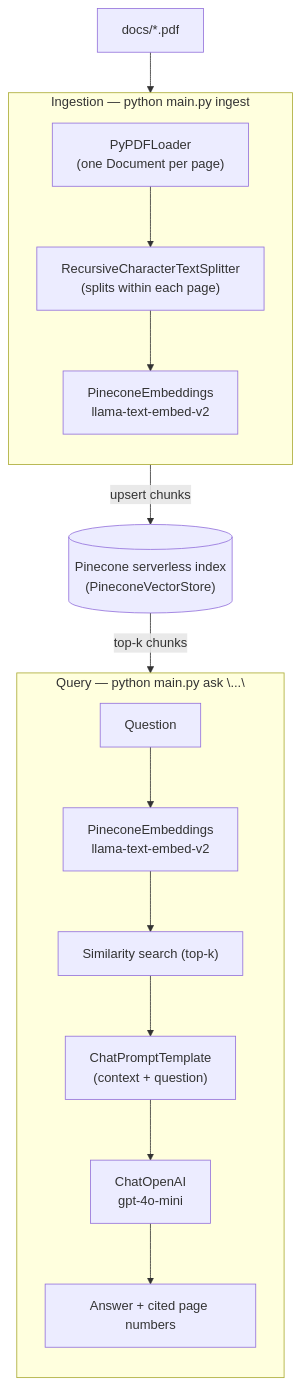
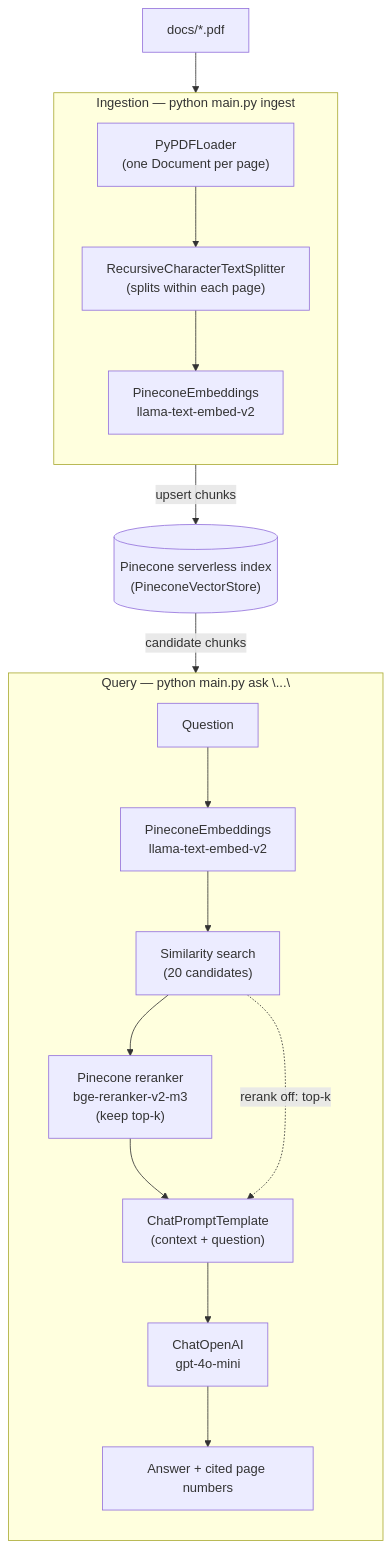
One commit to achyutasvm/vector_embeddings changed the first of 2 diagrams in README.md. Above: the diagram before and after it, drawn with Mermaid. The commit also changed other lines of this file and 5 other files, not shown here.

````diff
--- a/README.md
+++ b/README.md
@@ -17,29 +20,31 @@
 ```mermaid
 flowchart TB
     PDF["docs/*.pdf"]
 
     subgraph ingest["Ingestion — python main.py ingest"]
         direction TB
         Loader["PyPDFLoader\n(one Document per page)"]
         Splitter["RecursiveCharacterTextSplitter\n(splits within each page)"]
         EmbedDocs["PineconeEmbeddings\nllama-text-embed-v2"]
         Loader --> Splitter --> EmbedDocs
     end
 
     Index[("Pinecone serverless index\n(PineconeVectorStore)")]
 
     subgraph query["Query — python main.py ask \"...\""]
         direction TB
         Question["Question"]
         EmbedQuery["PineconeEmbeddings\nllama-text-embed-v2"]
-        Retrieve["Similarity search (top-k)"]
+        Retrieve["Similarity search\n(20 candidates)"]
+        Rerank["Pinecone reranker\nbge-reranker-v2-m3\n(keep top-k)"]
         Prompt["ChatPromptTemplate\n(context + question)"]
         LLM["ChatOpenAI\ngpt-4o-mini"]
         Answer["Answer + cited page numbers"]
-        Question --> EmbedQuery --> Retrieve --> Prompt --> LLM --> Answer
+        Question --> EmbedQuery --> Retrieve --> Rerank --> Prompt --> LLM --> Answer
+        Retrieve -. "rerank off: top-k" .-> Prompt
     end
 
     PDF --> Loader
     EmbedDocs -- "upsert chunks" --> Index
-    Index -- "top-k chunks" --> Retrieve
+    Index -- "candidate chunks" --> Retrieve
 ```
````
